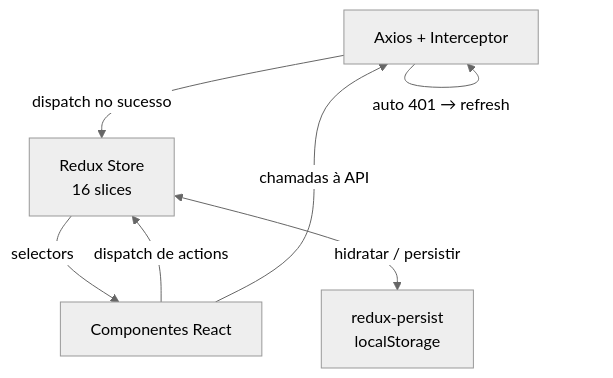
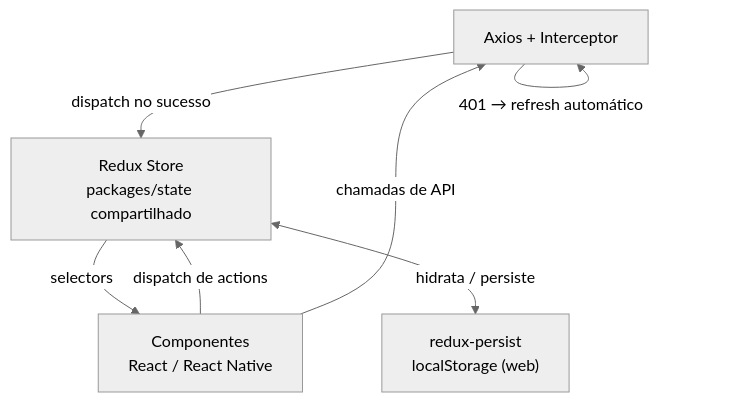
Before and after one commit to AndDev741/Beyou-arch-design: the fourth of 5 diagrams in architecture/overview/pt.md, drawn with Mermaid (neutral theme). The commit also changed other lines of this file and 3 other files, not shown here.

First line of the commit message:
docs(architecture): rewrite the overview around the production stack

````diff
--- a/architecture/overview/pt.md
+++ b/architecture/overview/pt.md
@@ -148,14 +163,14 @@
 ```mermaid
 flowchart TD
   AX["Axios + Interceptor"]
-  ST["Redux Store<br/>16 slices"]
-  PS["redux-persist<br/>localStorage"]
-  UI["Componentes React"]
+  ST["Redux Store<br/>packages/state compartilhado"]
+  PS["redux-persist<br/>localStorage (web)"]
+  UI["Componentes<br/>React / React Native"]
 
   UI -->|"dispatch de actions"| ST
   ST -->|"selectors"| UI
-  ST <-->|"hidratar / persistir"| PS
-  UI -->|"chamadas à API"| AX
+  ST <-->|"hidrata / persiste"| PS
+  UI -->|"chamadas de API"| AX
   AX -->|"dispatch no sucesso"| ST
-  AX -->|"auto 401 → refresh"| AX
+  AX -->|"401 → refresh automático"| AX
 ```
````
